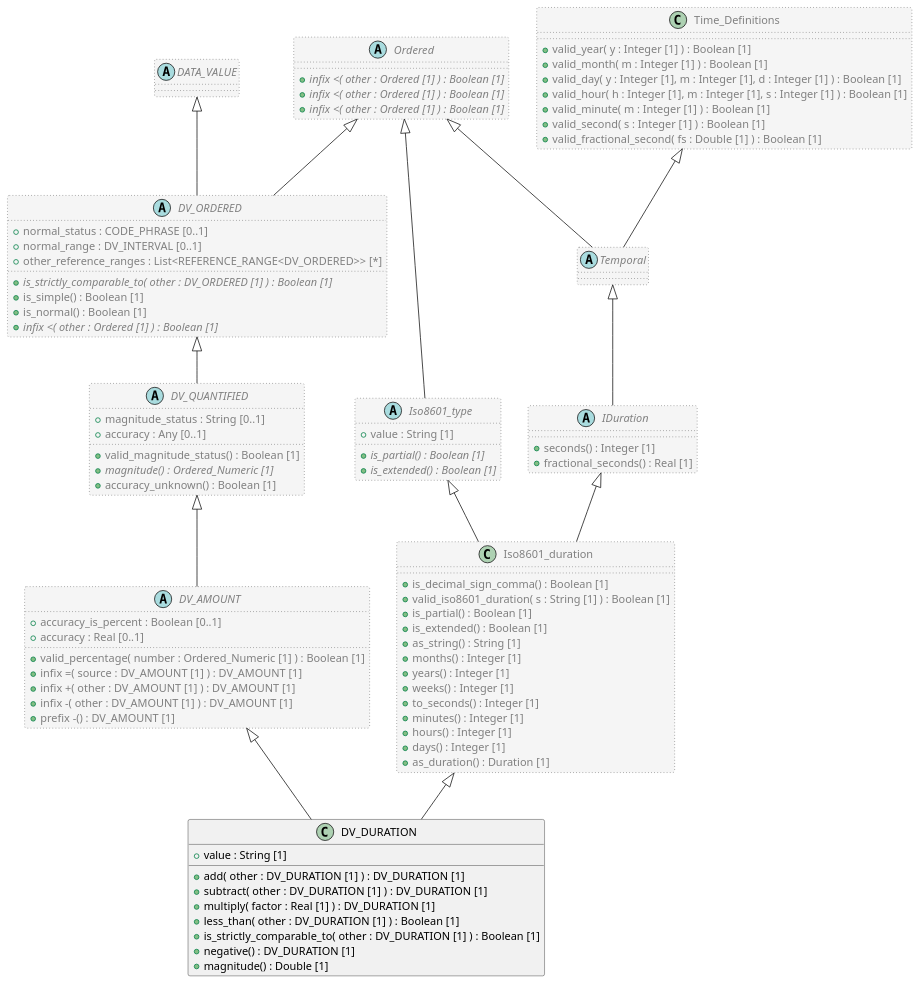
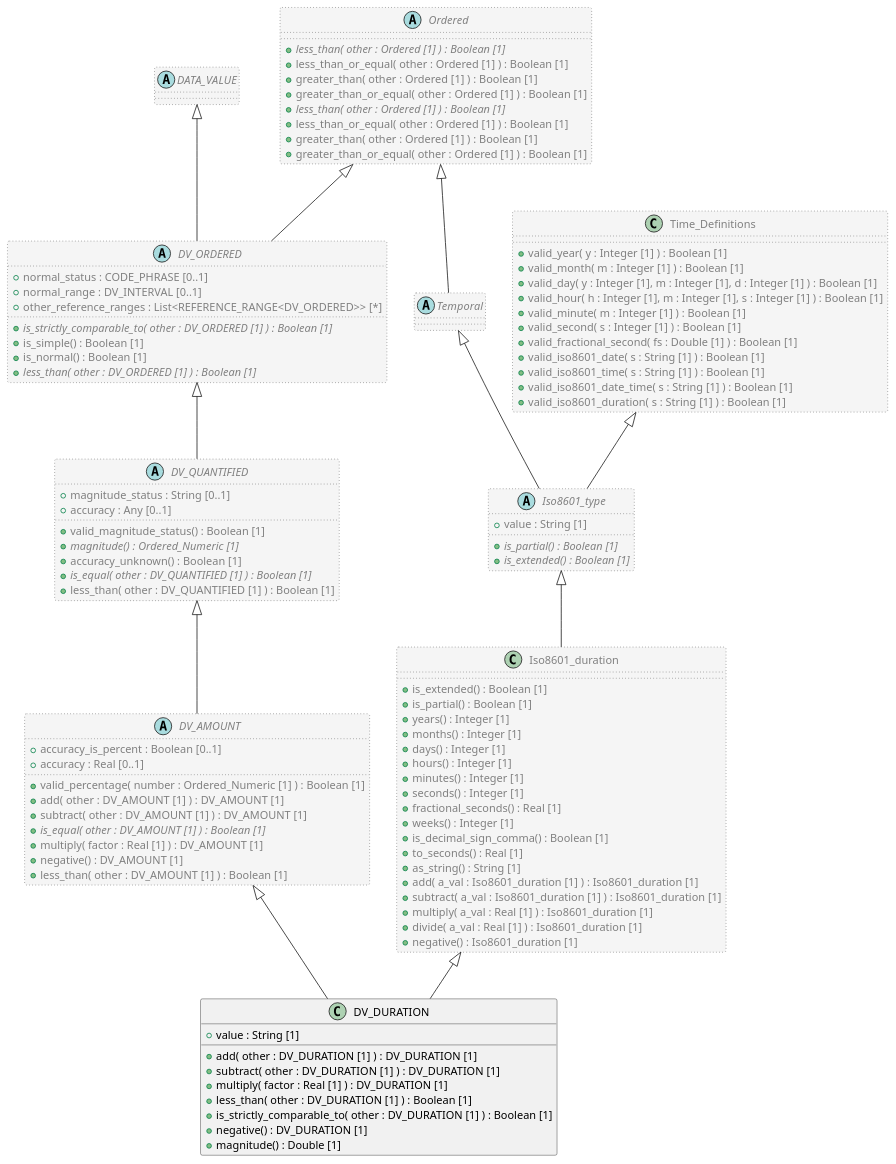
One commit to sebastian-iancu/code-generator changed the diagram in code/Adoc/openehr_rm_1.1.0/plantUML/classes/org.openehr.rm.data_types.dv_duration.adoc. Above: the diagram before and after it, drawn with PlantUML. The commit also changed 719 other files, not shown here.

```diff
--- a/code/Adoc/openehr_rm_1.1.0/plantUML/classes/org.openehr.rm.data_types.dv_duration.adoc
+++ b/code/Adoc/openehr_rm_1.1.0/plantUML/classes/org.openehr.rm.data_types.dv_duration.adoc
@@ -17,10 +17,12 @@
   + accuracy_is_percent : Boolean [0..1]
   + accuracy : Real [0..1]
   + valid_percentage( number : Ordered_Numeric [1] ) : Boolean [1]
-  + infix =( source : DV_AMOUNT [1] ) : DV_AMOUNT [1]
-  + infix +( other : DV_AMOUNT [1] ) : DV_AMOUNT [1]
-  + infix -( other : DV_AMOUNT [1] ) : DV_AMOUNT [1]
-  + prefix -() : DV_AMOUNT [1]
+  + add( other : DV_AMOUNT [1] ) : DV_AMOUNT [1]
+  + subtract( other : DV_AMOUNT [1] ) : DV_AMOUNT [1]
+  + {abstract} is_equal( other : DV_AMOUNT [1] ) : Boolean [1]
+  + multiply( factor : Real [1] ) : DV_AMOUNT [1]
+  + negative() : DV_AMOUNT [1]
+  + less_than( other : DV_AMOUNT [1] ) : Boolean [1]
 }
 
 abstract class DV_QUANTIFIED  #whitesmoke;line:gray;line.dotted;text:gray {
@@ -29,6 +31,8 @@
   + valid_magnitude_status() : Boolean [1]
   + {abstract} magnitude() : Ordered_Numeric [1]
   + accuracy_unknown() : Boolean [1]
+  + {abstract} is_equal( other : DV_QUANTIFIED [1] ) : Boolean [1]
+  + less_than( other : DV_QUANTIFIED [1] ) : Boolean [1]
 }
 
 abstract class DV_ORDERED  #whitesmoke;line:gray;line.dotted;text:gray {
@@ -38,7 +42,7 @@
   + {abstract} is_strictly_comparable_to( other : DV_ORDERED [1] ) : Boolean [1]
   + is_simple() : Boolean [1]
   + is_normal() : Boolean [1]
-  + {abstract} infix <( other : Ordered [1] ) : Boolean [1]
+  + {abstract} less_than( other : DV_ORDERED [1] ) : Boolean [1]
 }
 
 abstract class DATA_VALUE  #whitesmoke;line:gray;line.dotted;text:gray {
@@ -47,7 +51,10 @@
 DATA_VALUE <|-- DV_ORDERED
 
 abstract class Ordered  #whitesmoke;line:gray;line.dotted;text:gray {
-  + {abstract} infix <( other : Ordered [1] ) : Boolean [1]
+  + {abstract} less_than( other : Ordered [1] ) : Boolean [1]
+  + less_than_or_equal( other : Ordered [1] ) : Boolean [1]
+  + greater_than( other : Ordered [1] ) : Boolean [1]
+  + greater_than_or_equal( other : Ordered [1] ) : Boolean [1]
 }
 
 Ordered <|-- DV_ORDERED
@@ -59,19 +66,24 @@
 DV_AMOUNT <|-- DV_DURATION
 
 class Iso8601_duration  #whitesmoke;line:gray;line.dotted;text:gray {
+  + is_extended() : Boolean [1]
+  + is_partial() : Boolean [1]
+  + years() : Integer [1]
+  + months() : Integer [1]
+  + days() : Integer [1]
+  + hours() : Integer [1]
+  + minutes() : Integer [1]
+  + seconds() : Integer [1]
+  + fractional_seconds() : Real [1]
+  + weeks() : Integer [1]
   + is_decimal_sign_comma() : Boolean [1]
-  + valid_iso8601_duration( s : String [1] ) : Boolean [1]
-  + is_partial() : Boolean [1]
-  + is_extended() : Boolean [1]
+  + to_seconds() : Real [1]
   + as_string() : String [1]
-  + months() : Integer [1]
-  + years() : Integer [1]
-  + weeks() : Integer [1]
-  + to_seconds() : Integer [1]
-  + minutes() : Integer [1]
-  + hours() : Integer [1]
-  + days() : Integer [1]
-  + as_duration() : Duration [1]
+  + add( a_val : Iso8601_duration [1] ) : Iso8601_duration [1]
+  + subtract( a_val : Iso8601_duration [1] ) : Iso8601_duration [1]
+  + multiply( a_val : Real [1] ) : Iso8601_duration [1]
+  + divide( a_val : Real [1] ) : Iso8601_duration [1]
+  + negative() : Iso8601_duration [1]
 }
 
 abstract class Iso8601_type  #whitesmoke;line:gray;line.dotted;text:gray {
@@ -80,27 +92,19 @@
   + {abstract} is_extended() : Boolean [1]
 }
 
-abstract class Ordered  #whitesmoke;line:gray;line.dotted;text:gray {
-  + {abstract} infix <( other : Ordered [1] ) : Boolean [1]
-}
-
-Ordered <|-- Iso8601_type
-
-Iso8601_type <|-- Iso8601_duration
-
-abstract class IDuration  #whitesmoke;line:gray;line.dotted;text:gray {
-  + seconds() : Integer [1]
-  + fractional_seconds() : Real [1]
-}
-
 abstract class Temporal  #whitesmoke;line:gray;line.dotted;text:gray {
 }
 
 abstract class Ordered  #whitesmoke;line:gray;line.dotted;text:gray {
-  + {abstract} infix <( other : Ordered [1] ) : Boolean [1]
+  + {abstract} less_than( other : Ordered [1] ) : Boolean [1]
+  + less_than_or_equal( other : Ordered [1] ) : Boolean [1]
+  + greater_than( other : Ordered [1] ) : Boolean [1]
+  + greater_than_or_equal( other : Ordered [1] ) : Boolean [1]
 }
 
 Ordered <|-- Temporal
+
+Temporal <|-- Iso8601_type
 
 class Time_Definitions  #whitesmoke;line:gray;line.dotted;text:gray {
   + valid_year( y : Integer [1] ) : Boolean [1]
@@ -110,13 +114,15 @@
   + valid_minute( m : Integer [1] ) : Boolean [1]
   + valid_second( s : Integer [1] ) : Boolean [1]
   + valid_fractional_second( fs : Double [1] ) : Boolean [1]
+  + valid_iso8601_date( s : String [1] ) : Boolean [1]
+  + valid_iso8601_time( s : String [1] ) : Boolean [1]
+  + valid_iso8601_date_time( s : String [1] ) : Boolean [1]
+  + valid_iso8601_duration( s : String [1] ) : Boolean [1]
 }
 
-Time_Definitions <|-- Temporal
+Time_Definitions <|-- Iso8601_type
 
-Temporal <|-- IDuration
-
-IDuration <|-- Iso8601_duration
+Iso8601_type <|-- Iso8601_duration
 
 Iso8601_duration <|-- DV_DURATION
 
```
